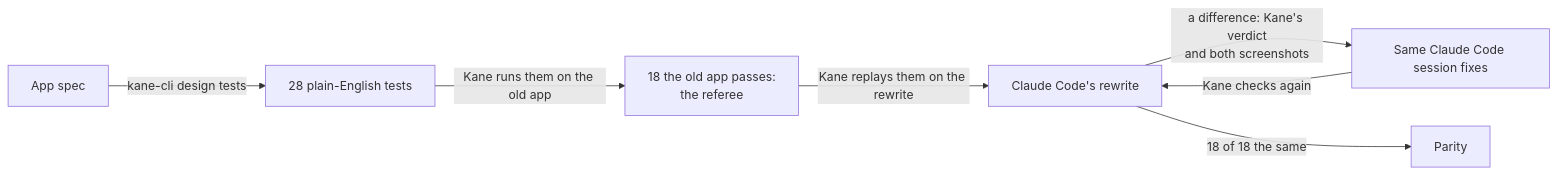
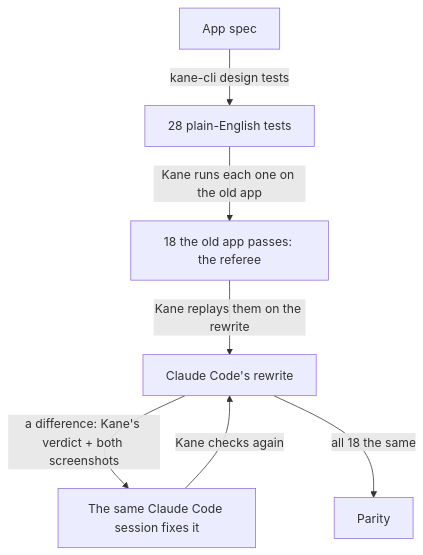
The diagram in README.md (itssaharsh/ditto), drawn with Mermaid before and after one commit. The commit also changed 1 other file, not shown here.

Commit message:
README: current console screenshot; diagram top-down so it reads at GitHub's width

````diff
--- a/README.md
+++ b/README.md
@@ -9,9 +9,9 @@
 ```mermaid
-flowchart LR
+flowchart TD
   spec[App spec] -->|kane-cli design tests| tests[28 plain-English tests]
-  tests -->|Kane runs them on the old app| ref[18 the old app passes:<br/>the referee]
+  tests -->|Kane runs each one on the old app| ref[18 the old app passes: the referee]
   ref -->|Kane replays them on the rewrite| rw[Claude Code's rewrite]
-  rw -->|a difference: Kane's verdict<br/>and both screenshots| fix[Same Claude Code session fixes]
+  rw -->|a difference: Kane's verdict + both screenshots| fix[The same Claude Code session fixes it]
   fix -->|Kane checks again| rw
-  rw -->|18 of 18 the same| done[Parity]
+  rw -->|all 18 the same| done[Parity]
 ```
````
